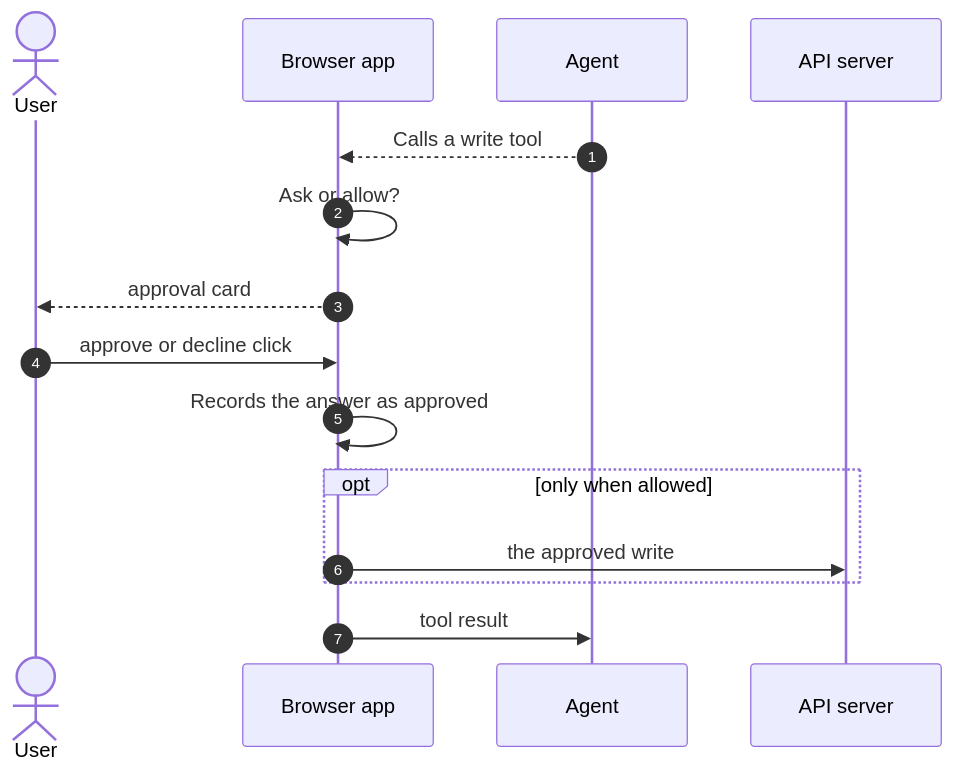
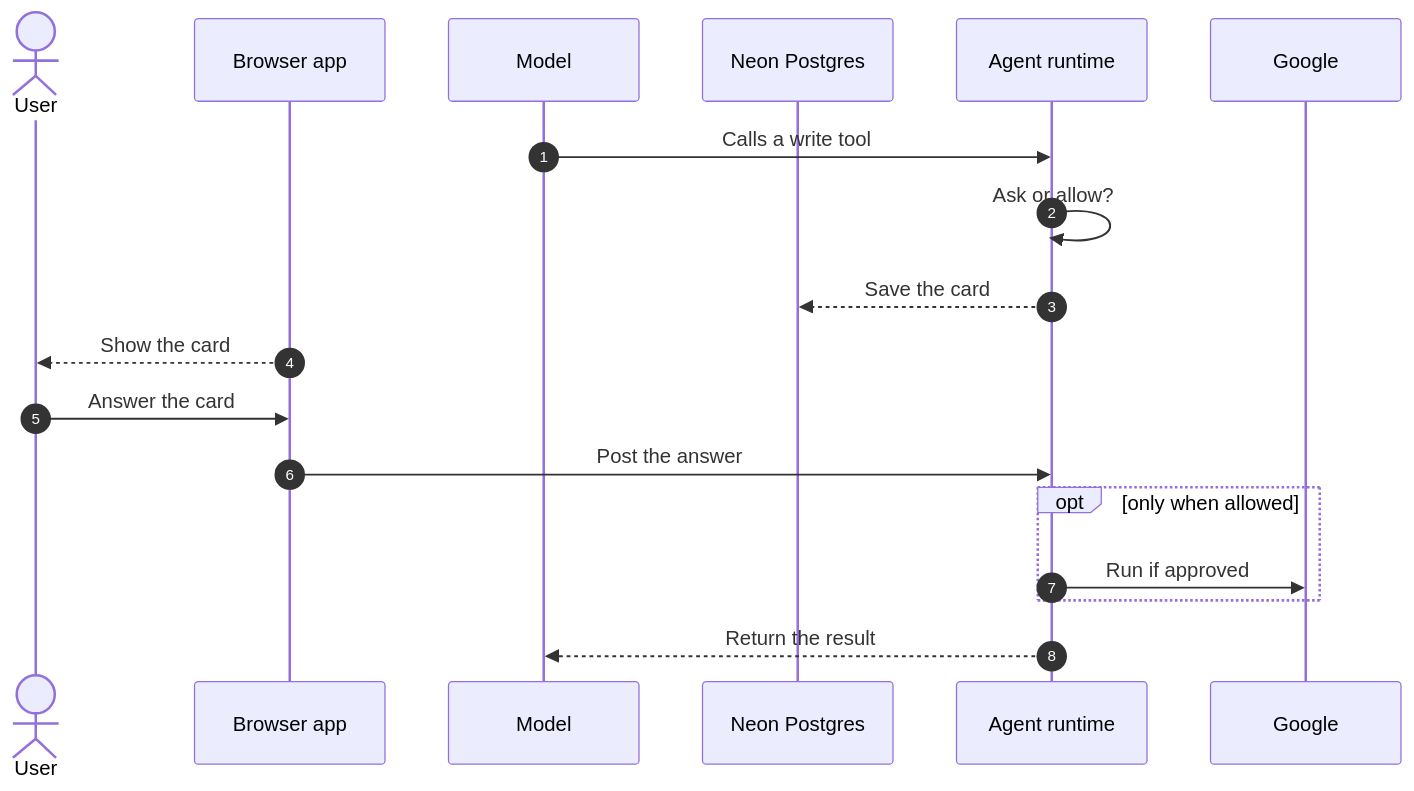
Before and after one commit to lngsa1234/mini-muse-mvp: the diagram in docs/architecture/workflows/tool-approval.md, drawn with Mermaid. The commit also changed other lines of this file and 23 other files, not shown here.

First line of the commit message:
Docs: specs, workflows and baseline for the server-side agent

````diff
--- a/docs/architecture/workflows/tool-approval.md
+++ b/docs/architecture/workflows/tool-approval.md
@@ -15,17 +15,20 @@
 ```mermaid
 sequenceDiagram
   autonumber
   actor user as User
   participant client as Browser app
-  participant agent as Agent
-  participant server as API server
-  agent-->>client: Calls a write tool
-  client->>client: Ask or allow?
-  client-->>user: approval card
-  user->>client: approve or decline click
-  client->>client: Records the answer as approved
+  participant agent as Model
+  participant data as Neon Postgres
+  participant server as Agent runtime
+  participant external as Google
+  agent->>server: Calls a write tool
+  server->>server: Ask or allow?
+  server-->>data: Save the card
+  client-->>user: Show the card
+  user->>client: Answer the card
+  client->>server: Post the answer
   opt only when allowed
-  client->>server: the approved write
+  server->>external: Run if approved
   end
-  client->>agent: tool result
+  server-->>agent: Return the result
 ```
````
